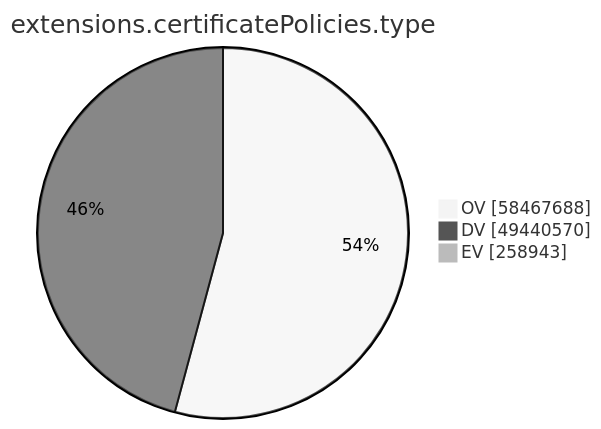
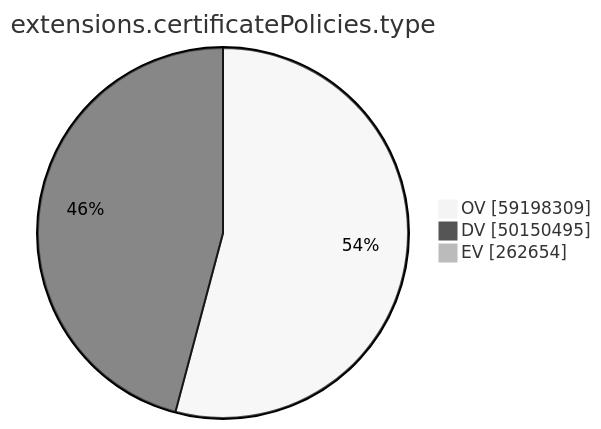
Before and after one commit to christiankrug/ctmonitor_visualization: the ninth of 15 diagrams in xenon2023/README.md, drawn with Mermaid (neutral theme). The commit also changed other lines of this file, not shown here.

````diff
--- a/xenon2023/README.md
+++ b/xenon2023/README.md
@@ -2137,7 +2138,7 @@
 ```mermaid
 pie showData
 title extensions.certificatePolicies.type
-"OV" :58467688
-"DV" :49440570
-"EV" :258943
+"OV" :59198309
+"DV" :50150495
+"EV" :262654
 ```
````
